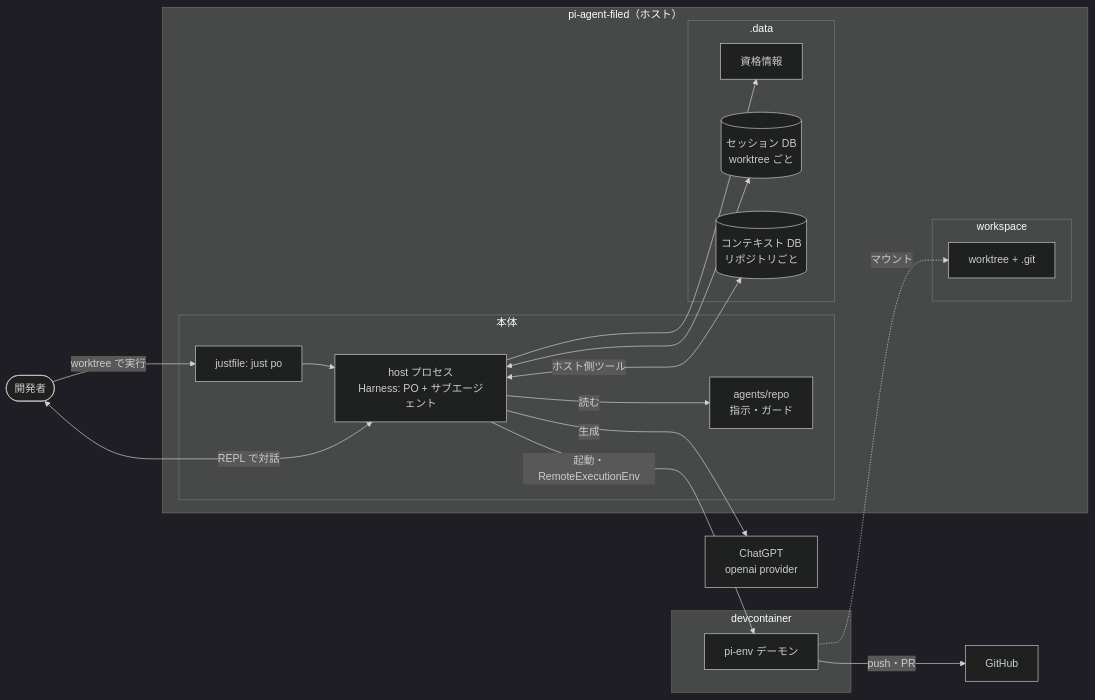
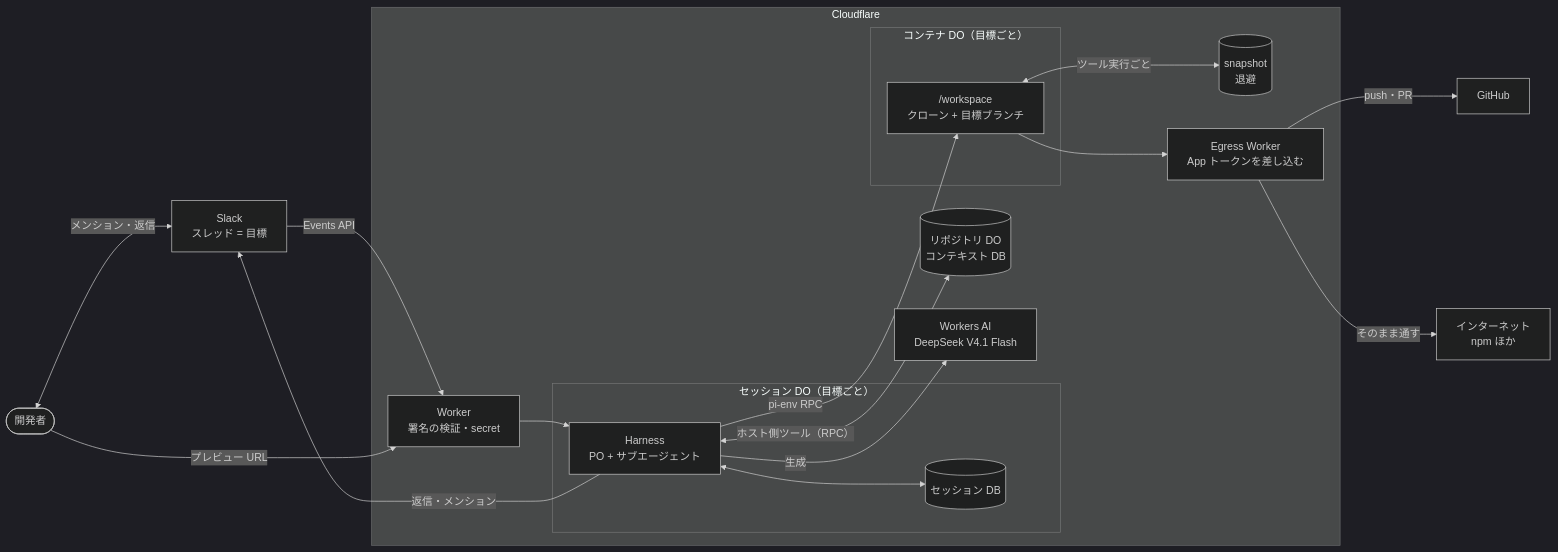
The first of 3 diagrams in docs/architecture.md (Hol1kgmg/pi-agent-filed), drawn with Mermaid (dark theme) before and after one commit. The commit also changed other lines of this file and 19 other files, not shown here.

````diff
--- a/docs/architecture.md
+++ b/docs/architecture.md
@@ -25,35 +22,34 @@
 ```mermaid
 flowchart LR
   dev(["開発者"])
-  subgraph REPO["pi-agent-filed（ホスト）"]
-    subgraph BODY["本体"]
-      just["justfile: just po"]
-      host["host プロセス<br/>Harness: PO + サブエージェント"]
-      cfg["agents/repo<br/>指示・ガード"]
+  slack["Slack<br/>スレッド = 目標"]
+  subgraph CF["Cloudflare"]
+    worker["Worker<br/>署名の検証・secret"]
+    subgraph SDO["セッション DO（目標ごと）"]
+      harness["Harness<br/>PO + サブエージェント"]
+      sdb[("セッション DB")]
     end
-    subgraph DATA[".data"]
-      cred["資格情報"]
-      sdb[("セッション DB<br/>worktree ごと")]
-      cdb[("コンテキスト DB<br/>リポジトリごと")]
+    rdo[("リポジトリ DO<br/>コンテキスト DB")]
+    subgraph CDO["コンテナ DO（目標ごと）"]
+      ws["/workspace<br/>クローン + 目標ブランチ"]
     end
-    subgraph WS["workspace"]
-      src["worktree + .git"]
-    end
+    snap[("snapshot<br/>退避")]
+    egress["Egress Worker<br/>App トークンを差し込む"]
+    llm["Workers AI<br/>DeepSeek V4.1 Flash"]
   end
-  subgraph CT["devcontainer"]
-    env["pi-env デーモン"]
-  end
-  llm["ChatGPT<br/>openai provider"]
   gh["GitHub"]
-  dev -->|"worktree で実行"| just
-  just --> host
-  dev <-->|"REPL で対話"| host
-  host -->|"読む"| cfg
-  host --> cred
-  host <--> sdb
-  host <-->|"ホスト側ツール"| cdb
-  host -->|"起動・RemoteExecutionEnv"| env
-  env -.->|"マウント"| src
-  host -->|"生成"| llm
-  env -->|"push・PR"| gh
+  net["インターネット<br/>npm ほか"]
+  dev <-->|"メンション・返信"| slack
+  slack -->|"Events API"| worker
+  worker --> harness
+  harness -->|"返信・メンション"| slack
+  harness <--> sdb
+  harness <-->|"ホスト側ツール（RPC）"| rdo
+  harness -->|"pi-env RPC"| ws
+  harness -->|"生成"| llm
+  ws <-->|"ツール実行ごと"| snap
+  ws --> egress
+  egress -->|"push・PR"| gh
+  egress -->|"そのまま通す"| net
+  dev -->|"プレビュー URL"| worker
 ```
````
